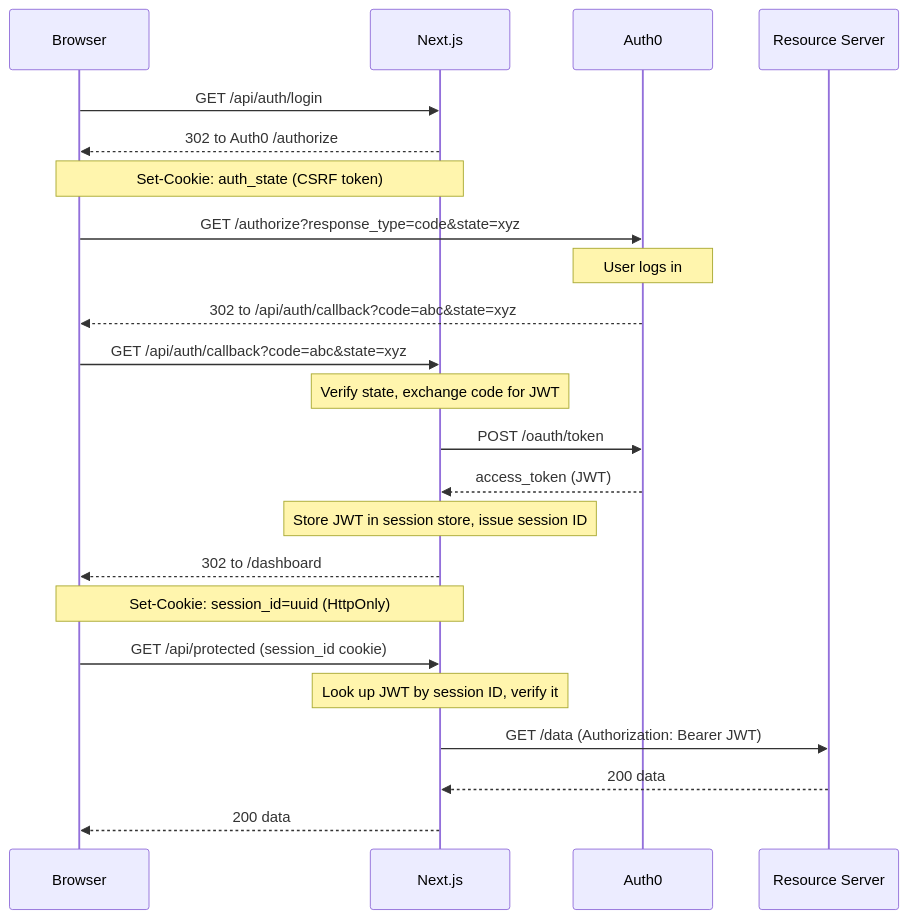
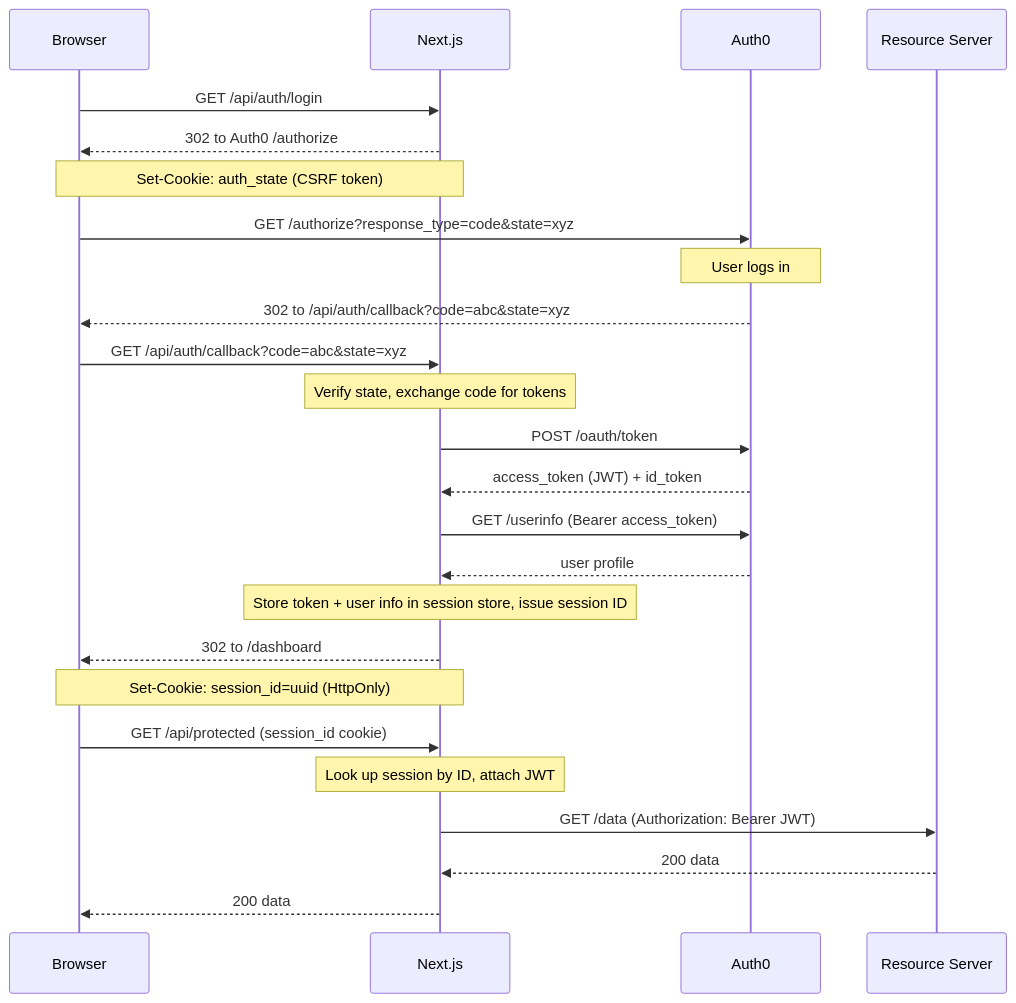
One commit to taha2009/auth0-nextjs changed the diagram in README.md. Above: the diagram before and after it, drawn with Mermaid. The commit also changed other lines of this file and 8 other files, not shown here.

First line of the commit message:
Refactor session store, simplify auth flow, and fix avatar

````diff
--- a/README.md
+++ b/README.md
@@ -61,29 +61,31 @@
 ```mermaid
 sequenceDiagram
     participant Browser
     participant Next.js
     participant Auth0
     participant Resource Server
 
     Browser->>Next.js: GET /api/auth/login
     Next.js-->>Browser: 302 to Auth0 /authorize
     Note over Browser,Next.js: Set-Cookie: auth_state (CSRF token)
 
     Browser->>Auth0: GET /authorize?response_type=code&state=xyz
     Note over Auth0: User logs in
     Auth0-->>Browser: 302 to /api/auth/callback?code=abc&state=xyz
 
     Browser->>Next.js: GET /api/auth/callback?code=abc&state=xyz
-    Note over Next.js: Verify state, exchange code for JWT
+    Note over Next.js: Verify state, exchange code for tokens
     Next.js->>Auth0: POST /oauth/token
-    Auth0-->>Next.js: access_token (JWT)
-    Note over Next.js: Store JWT in session store, issue session ID
+    Auth0-->>Next.js: access_token (JWT) + id_token
+    Next.js->>Auth0: GET /userinfo (Bearer access_token)
+    Auth0-->>Next.js: user profile
+    Note over Next.js: Store token + user info in session store, issue session ID
     Next.js-->>Browser: 302 to /dashboard
     Note over Browser,Next.js: Set-Cookie: session_id=uuid (HttpOnly)
 
     Browser->>Next.js: GET /api/protected (session_id cookie)
-    Note over Next.js: Look up JWT by session ID, verify it
+    Note over Next.js: Look up session by ID, attach JWT
     Next.js->>Resource Server: GET /data (Authorization: Bearer JWT)
     Resource Server-->>Next.js: 200 data
     Next.js-->>Browser: 200 data
 ```
````
